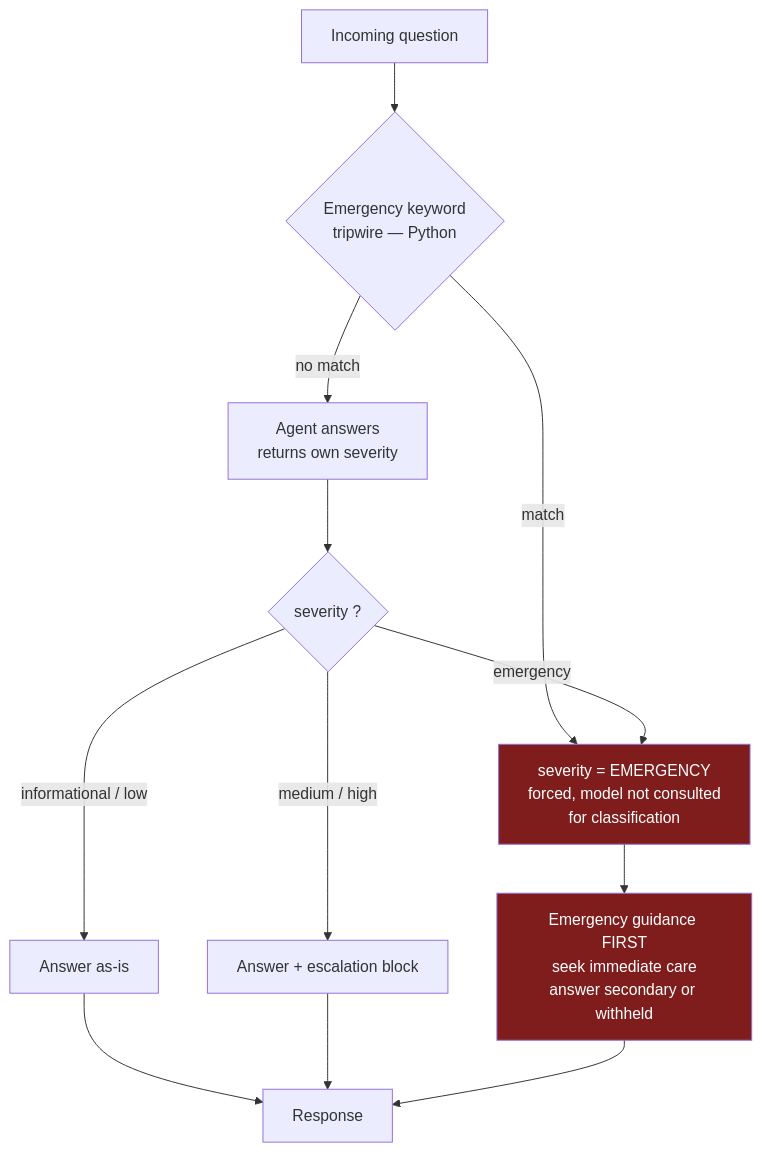
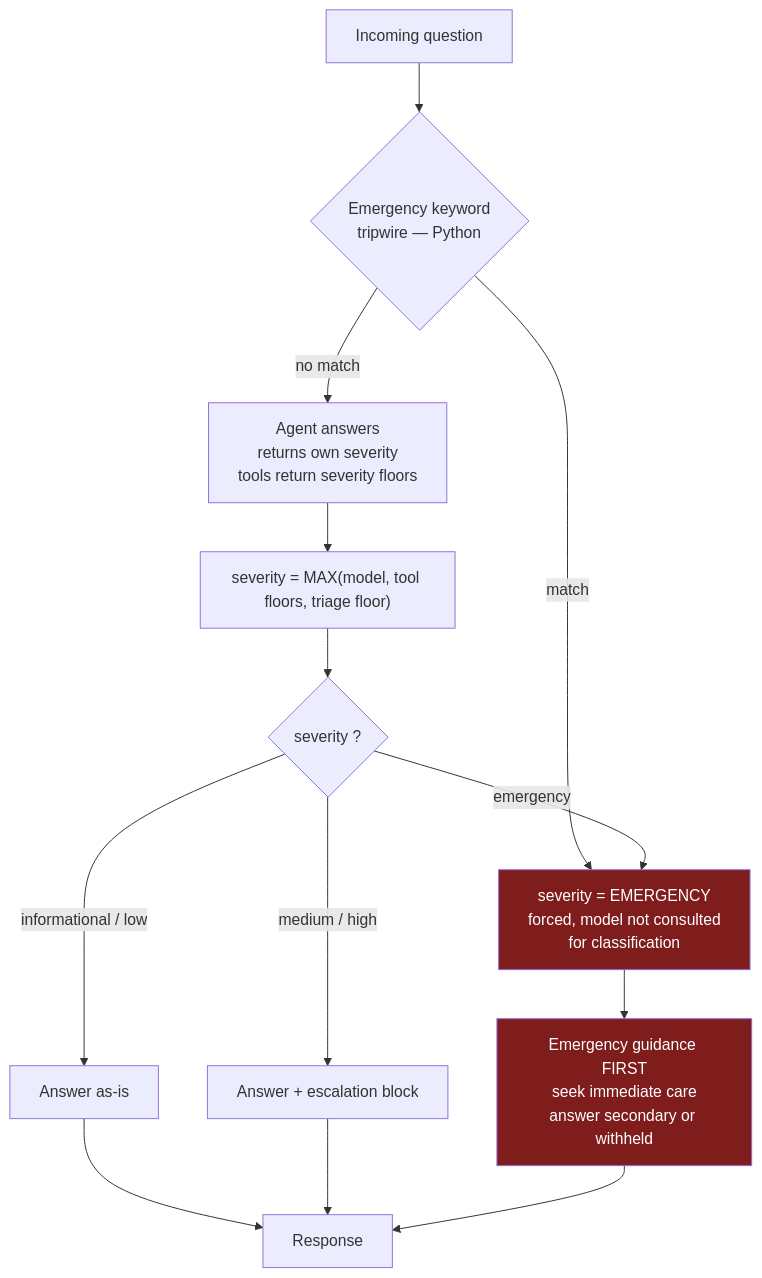
Before and after one commit to KaarthikMS/drugagent: the seventh of 7 diagrams in docs/dataflow.md, drawn with Mermaid. The commit also changed other lines of this file and 5 other files, not shown here.

First line of the commit message:
docs: rewrite architecture, dataflow and plan for full scope

````diff
--- a/docs/dataflow.md
+++ b/docs/dataflow.md
@@ -155,21 +340,22 @@
 ```mermaid
 flowchart TD
     Q["Incoming question"] --> TW{"Emergency keyword<br/>tripwire — Python"}
 
     TW -->|match| FORCE["severity = EMERGENCY<br/>forced, model not consulted<br/>for classification"]
-    TW -->|no match| MODEL["Agent answers<br/>returns own severity"]
+    TW -->|no match| MODEL["Agent answers<br/>returns own severity<br/>tools return severity floors"]
 
-    MODEL --> SEV{"severity ?"}
+    MODEL --> MAX["severity = MAX(model, tool floors, triage floor)"]
+    MAX --> SEV{"severity ?"}
     SEV -->|informational / low| PLAIN["Answer as-is"]
     SEV -->|medium / high| ESC["Answer + escalation block"]
     SEV -->|emergency| FORCE
 
     FORCE --> URGENT["Emergency guidance FIRST<br/>seek immediate care<br/>answer secondary or withheld"]
 
     PLAIN --> OUT["Response"]
     ESC --> OUT
     URGENT --> OUT
 
     style FORCE fill:#7f1d1d,color:#fff
     style URGENT fill:#7f1d1d,color:#fff
 ```
````
